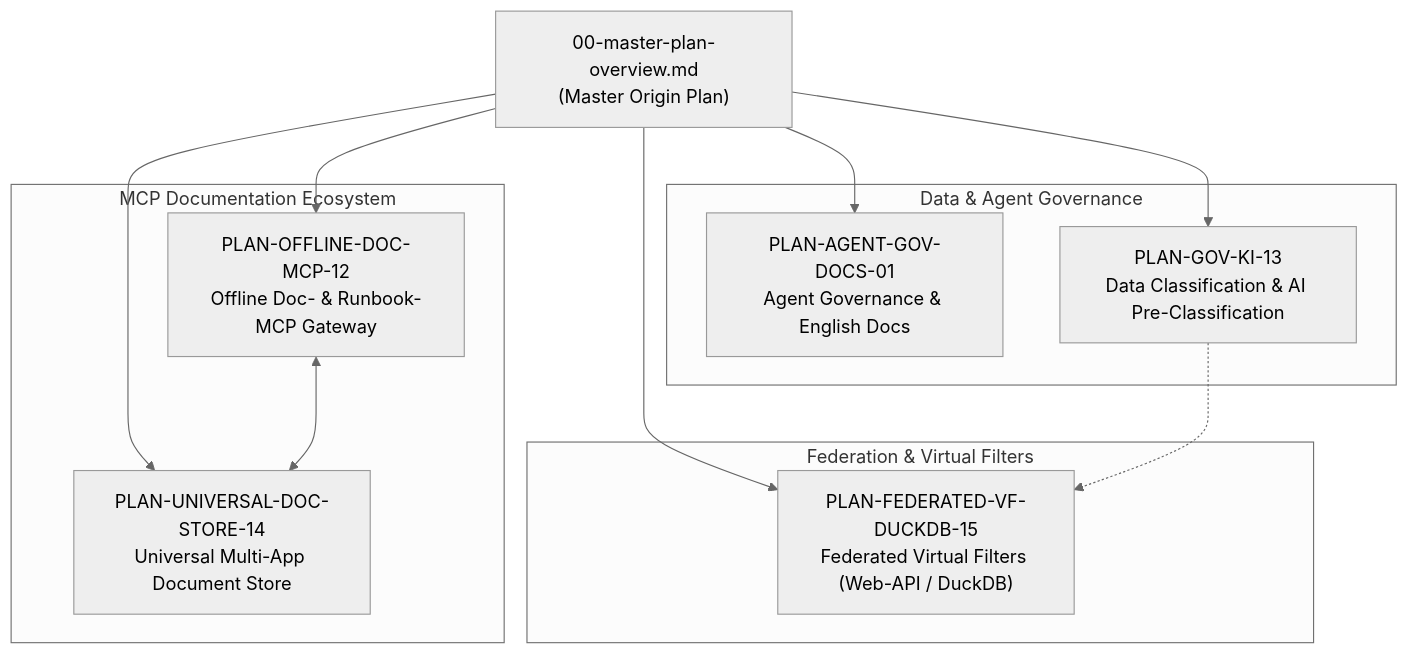
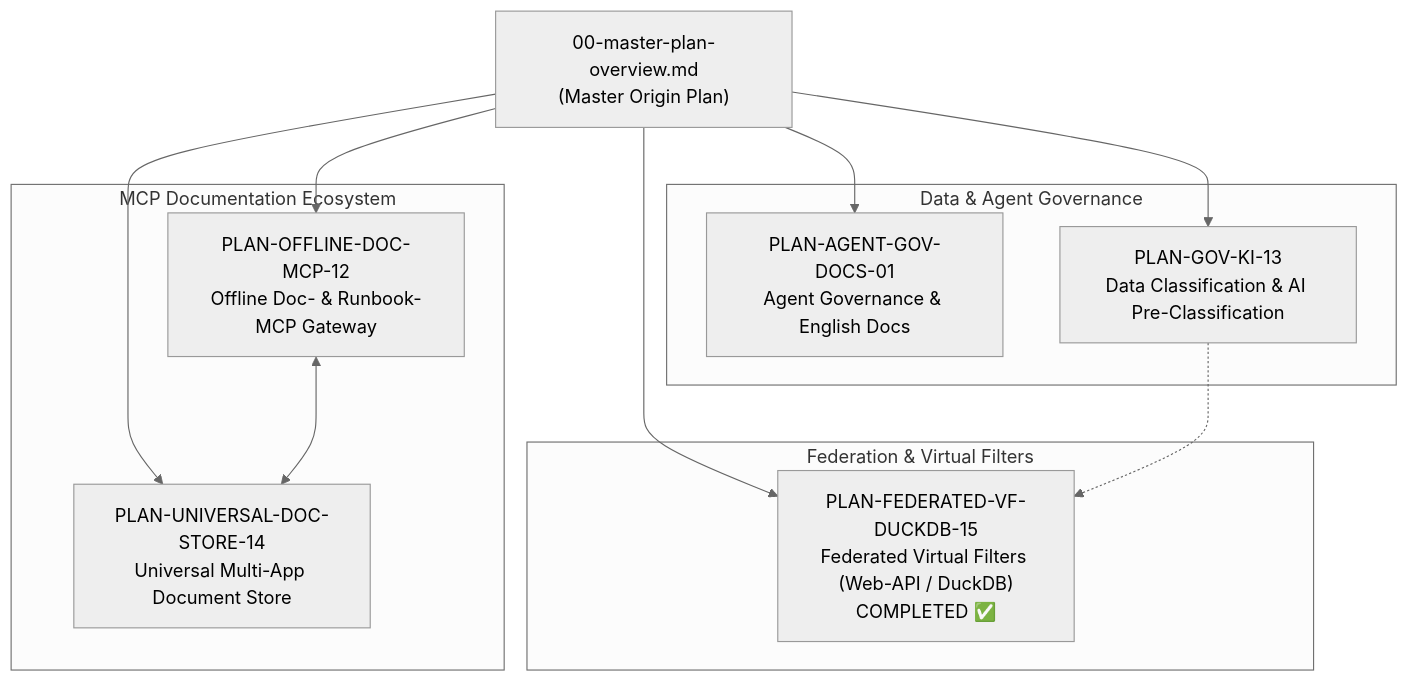
One commit to themulle/autheris changed the diagram in docs/plans/00-master-plan-overview.md. Above: the diagram before and after it, drawn with Mermaid (neutral theme). The commit also changed other lines of this file and 3 other files, not shown here.

````diff
--- a/docs/plans/00-master-plan-overview.md
+++ b/docs/plans/00-master-plan-overview.md
@@ -38,27 +38,27 @@
 ```mermaid
 flowchart TD
     MP["00-master-plan-overview.md<br/>(Master Origin Plan)"]
     
     subgraph Governance ["Data & Agent Governance"]
         AG["PLAN-AGENT-GOV-DOCS-01<br/>Agent Governance & English Docs"]
         DK["PLAN-GOV-KI-13<br/>Data Classification & AI Pre-Classification"]
     end
     
     subgraph ExecutionEngine ["Federation & Virtual Filters"]
-        VF["PLAN-FEDERATED-VF-DUCKDB-15<br/>Federated Virtual Filters (Web-API / DuckDB)"]
+        VF["PLAN-FEDERATED-VF-DUCKDB-15<br/>Federated Virtual Filters (Web-API / DuckDB)<br/>COMPLETED ✅"]
     end
     
     subgraph DocMCP ["MCP Documentation Ecosystem"]
         DM["PLAN-OFFLINE-DOC-MCP-12<br/>Offline Doc- & Runbook-MCP Gateway"]
         UDS["PLAN-UNIVERSAL-DOC-STORE-14<br/>Universal Multi-App Document Store"]
     end
 
     MP --> AG
     MP --> DK
     MP --> VF
     MP --> DM
     MP --> UDS
 
     DM <--> UDS
     DK -.-> VF
 ```
````
